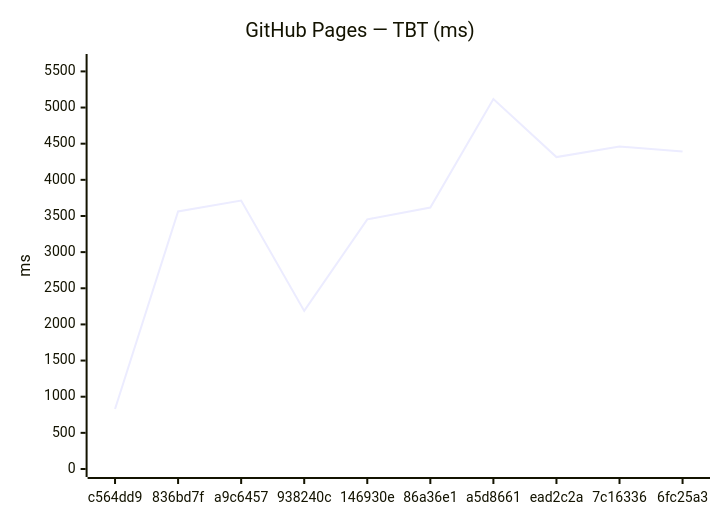
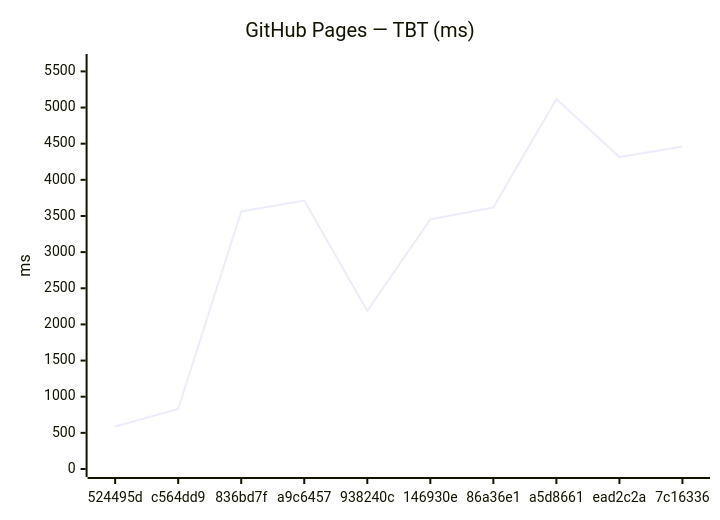
One commit to Metaheurist/Rianell changed the fourth of 12 diagrams in benchmarks/compare.md. Above: the diagram before and after it, drawn with Mermaid. The commit also changed other lines of this file and 8 other files, not shown here.

````diff
--- a/benchmarks/compare.md
+++ b/benchmarks/compare.md
@@ -61,7 +61,7 @@
 ```mermaid
 xychart-beta
     title "GitHub Pages — TBT (ms)"
-    x-axis ["c564dd9", "836bd7f", "a9c6457", "938240c", "146930e", "86a36e1", "a5d8661", "ead2c2a", "7c16336", "6fc25a3"]
+    x-axis ["524495d", "c564dd9", "836bd7f", "a9c6457", "938240c", "146930e", "86a36e1", "a5d8661", "ead2c2a", "7c16336"]
     y-axis "ms" 0 --> 5630
-    line [830, 3562, 3713, 2187, 3453, 3617, 5118, 4315, 4460, 4393]
+    line [588, 830, 3562, 3713, 2187, 3453, 3617, 5118, 4315, 4460]
 ```
````
